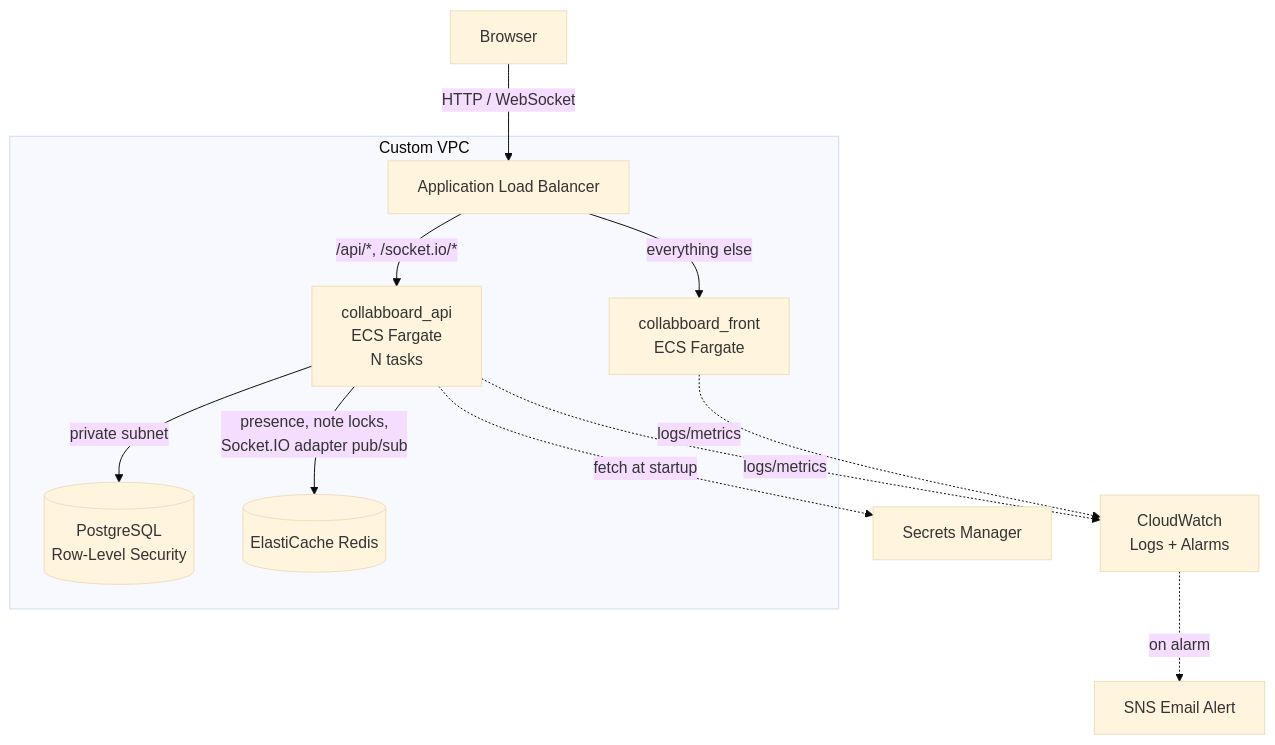
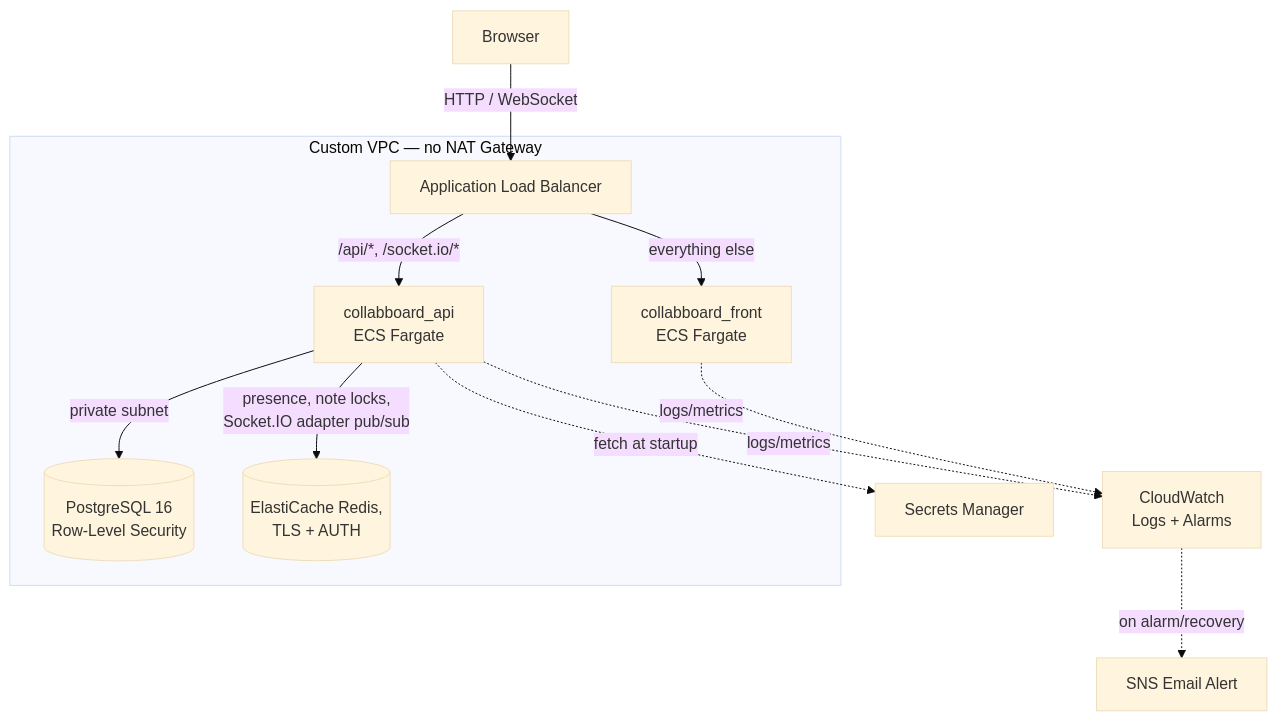
Before and after one commit to RuckerHans/Collabboard: the diagram in README.md, drawn with Mermaid (base theme). The commit also changed other lines of this file and 30 other files, not shown here.

````diff
--- a/README.md
+++ b/README.md
@@ -34,23 +34,23 @@
 ```mermaid
 flowchart TD
     User[Browser] -->|HTTP / WebSocket| ALB[Application Load Balancer]
 
-    ALB -->|"/api/*, /socket.io/*"| API[collabboard_api<br/>ECS Fargate<br/>N tasks]
+    ALB -->|"/api/*, /socket.io/*"| API[collabboard_api<br/>ECS Fargate]
     ALB -->|"everything else"| Front[collabboard_front<br/>ECS Fargate]
 
-    API -->|"private subnet"| RDS[(PostgreSQL<br/>Row-Level Security)]
-    API -->|"presence, note locks,<br/>Socket.IO adapter pub/sub"| Redis[(ElastiCache Redis)]
+    API -->|"private subnet"| RDS[(PostgreSQL 16<br/>Row-Level Security)]
+    API -->|"presence, note locks,<br/>Socket.IO adapter pub/sub"| Redis[(ElastiCache Redis,<br/>TLS + AUTH)]
     API -.->|fetch at startup| Secrets[Secrets Manager]
     API -.->|logs/metrics| CW[CloudWatch<br/>Logs + Alarms]
     Front -.->|logs/metrics| CW
 
-    CW -.->|on alarm| SNS[SNS Email Alert]
+    CW -.->|on alarm/recovery| SNS[SNS Email Alert]
 
-    subgraph VPC[Custom VPC]
+    subgraph VPC[Custom VPC — no NAT Gateway]
         ALB
         API
         Front
         RDS
         Redis
     end
 ```
````
